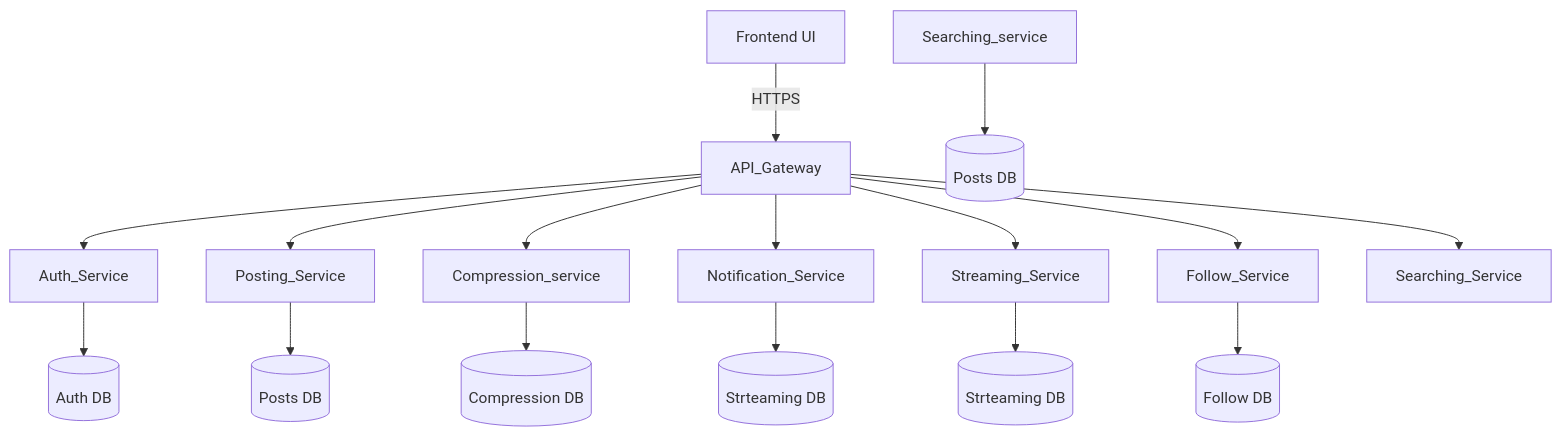
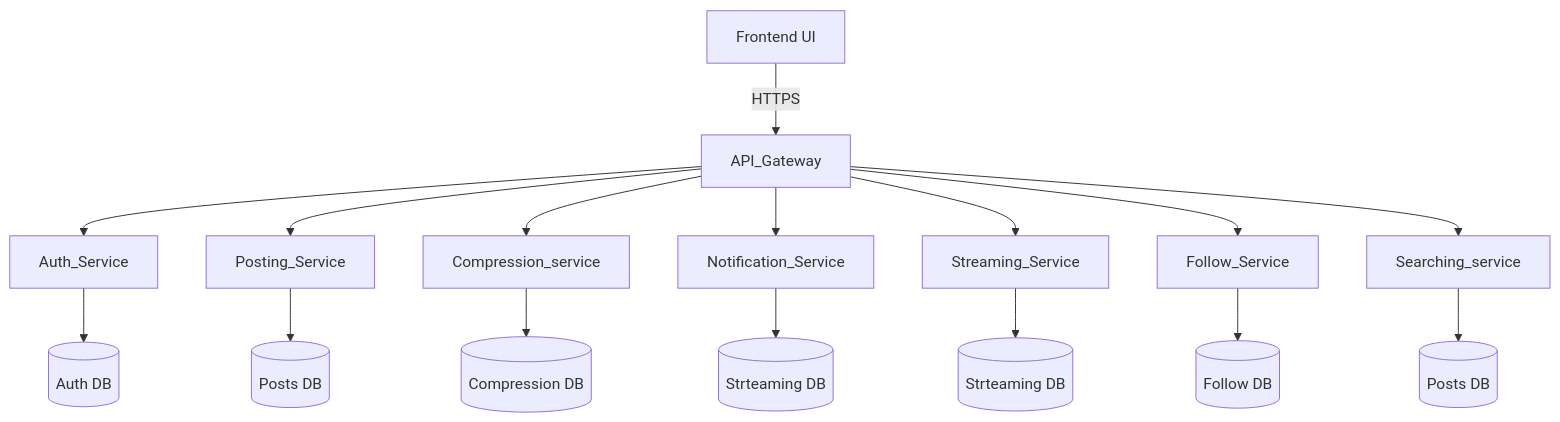
One commit to Hritik-choukikar/Hritik-choukikar changed the diagram in README.md. Above: the diagram before and after it, drawn with Mermaid.

````diff
--- a/README.md
+++ b/README.md
@@ -42,19 +42,19 @@
 ```mermaid
 graph TD
     User[Frontend UI] -->|HTTPS| API_Gateway
     API_Gateway --> Auth_Service
     API_Gateway --> Posting_Service
     API_Gateway --> Compression_service
     API_Gateway --> Notification_Service
     API_Gateway --> Streaming_Service
     API_Gateway --> Follow_Service
-    API_Gateway --> Searching_Service
+    API_Gateway --> Searching_service
     Auth_Service --> DB[(Auth DB)]
     Follow_Service --> DB2[(Follow DB)]
     Posting_Service --> DB3[(Posts DB)]
     Compression_service --> DB4[(Compression DB)]
     Streaming_Service --> DB5[(Strteaming DB)]
     Searching_service--> DB6[(Posts DB)]
     Notification_Service --> DB7[(Strteaming DB)]
     
 ```
````
